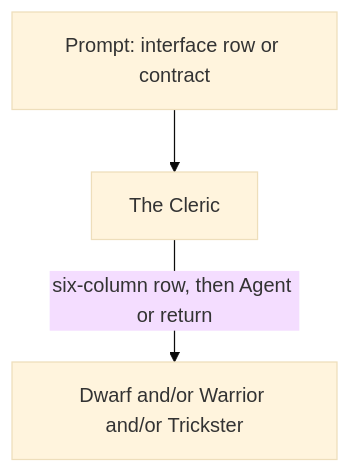
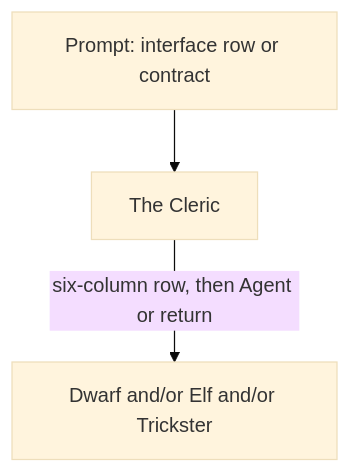
One commit to kodexArg/harness-base changed the fourth of 8 diagrams in docs/ADND-DISPATCH.md. Above: the diagram before and after it, drawn with Mermaid (base theme). The commit also changed other lines of this file and 27 other files, not shown here.

First line of the commit message:
docs(agents): replace The Warrior with The Elf as the sealed surface owner

````diff
--- a/docs/ADND-DISPATCH.md
+++ b/docs/ADND-DISPATCH.md
@@ -114,8 +114,8 @@
 ```mermaid
 flowchart TD
   p[Prompt: interface row or contract]
   c[The Cleric]
-  next[Dwarf and/or Warrior and/or Trickster]
+  next[Dwarf and/or Elf and/or Trickster]
   p --> c
   c -->|six-column row, then Agent or return| next
 ```
````
